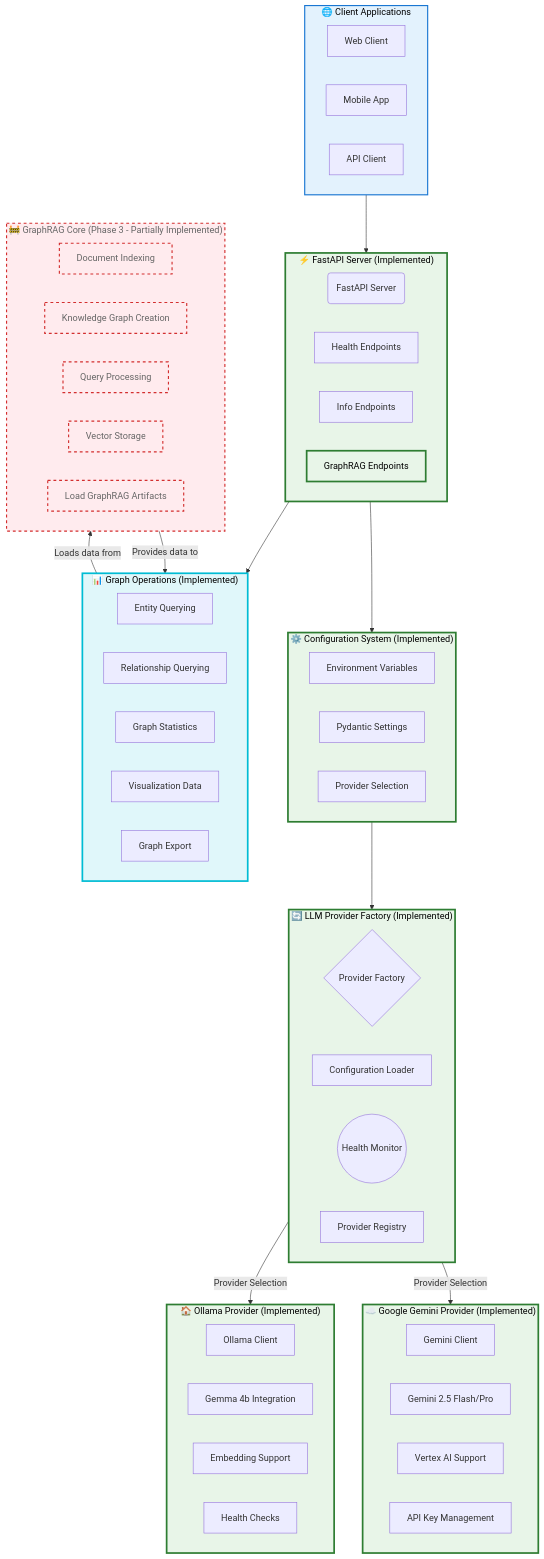
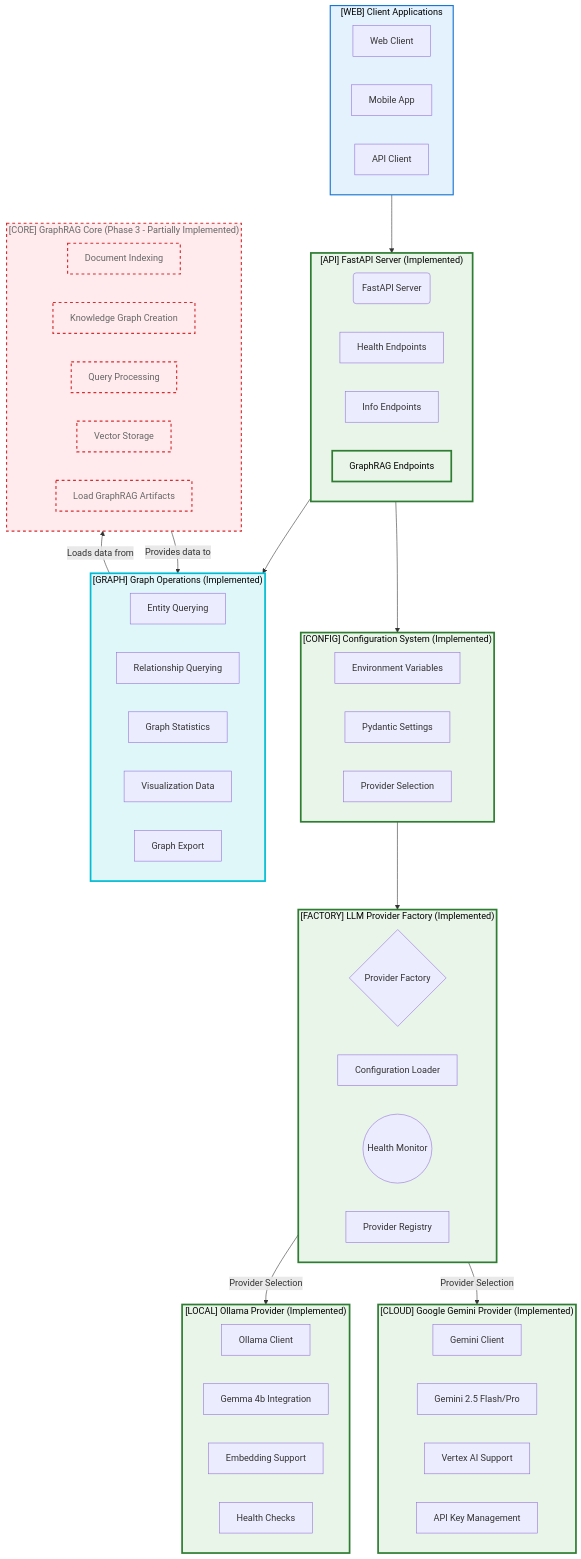
Before and after one commit to pierregrothe/graphrag-api: the first of 3 diagrams in README.md, drawn with Mermaid. The commit also changed other lines of this file and 6 other files, not shown here.

````diff
--- a/README.md
+++ b/README.md
@@ -37,14 +37,14 @@
 ```mermaid
 flowchart TD
     %% Client Layer
-    subgraph ClientLayer ["🌐 Client Applications"]
+    subgraph ClientLayer ["[WEB] Client Applications"]
         A[Web Client]
         A1[Mobile App]
         A2[API Client]
     end
 
     %% FastAPI Server Layer
-    subgraph ServerLayer ["⚡ FastAPI Server (Implemented)"]
+    subgraph ServerLayer ["[API] FastAPI Server (Implemented)"]
         B(FastAPI Server)
         B1[Health Endpoints]
         B2[Info Endpoints]
@@ -52,14 +52,14 @@
     end
 
     %% Configuration Layer
-    subgraph ConfigLayer ["⚙️ Configuration System (Implemented)"]
+    subgraph ConfigLayer ["[CONFIG] Configuration System (Implemented)"]
         C1[Environment Variables]
         C2[Pydantic Settings]
         C3[Provider Selection]
     end
 
     %% Provider Factory Layer - IMPLEMENTED
-    subgraph FactoryLayer ["🔄 LLM Provider Factory (Implemented)"]
+    subgraph FactoryLayer ["[FACTORY] LLM Provider Factory (Implemented)"]
         D{Provider Factory}
         D1[Configuration Loader]
         D2((Health Monitor))
@@ -67,7 +67,7 @@
     end
 
     %% Ollama Provider - IMPLEMENTED
-    subgraph OllamaLayer ["🏠 Ollama Provider (Implemented)"]
+    subgraph OllamaLayer ["[LOCAL] Ollama Provider (Implemented)"]
         E[Ollama Client]
         E1[Gemma 4b Integration]
         E2[Embedding Support]
@@ -75,7 +75,7 @@
     end
 
     %% Gemini Provider - IMPLEMENTED
-    subgraph GeminiLayer ["☁️ Google Gemini Provider (Implemented)"]
+    subgraph GeminiLayer ["[CLOUD] Google Gemini Provider (Implemented)"]
         F[Gemini Client]
         F1[Gemini 2.5 Flash/Pro]
         F2[Vertex AI Support]
@@ -83,7 +83,7 @@
     end
 
     %% Graph Operations Layer - NEWLY IMPLEMENTED
-    subgraph GraphOperationsLayer ["📊 Graph Operations (Implemented)"]
+    subgraph GraphOperationsLayer ["[GRAPH] Graph Operations (Implemented)"]
         H[Entity Querying]
         H1[Relationship Querying]
         H2[Graph Statistics]
@@ -92,7 +92,7 @@
     end
 
     %% GraphRAG Core Layer - PARTIALLY IMPLEMENTED
-    subgraph GraphRAGCoreLayer ["🚧 GraphRAG Core (Phase 3 - Partially Implemented)"]
+    subgraph GraphRAGCoreLayer ["[CORE] GraphRAG Core (Phase 3 - Partially Implemented)"]
         G[Document Indexing]
         G1[Knowledge Graph Creation]
         G2[Query Processing]
````
